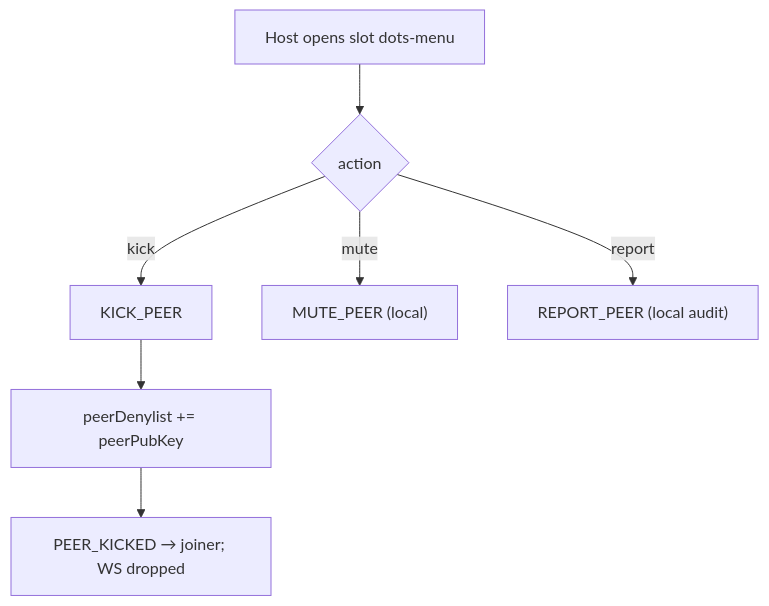
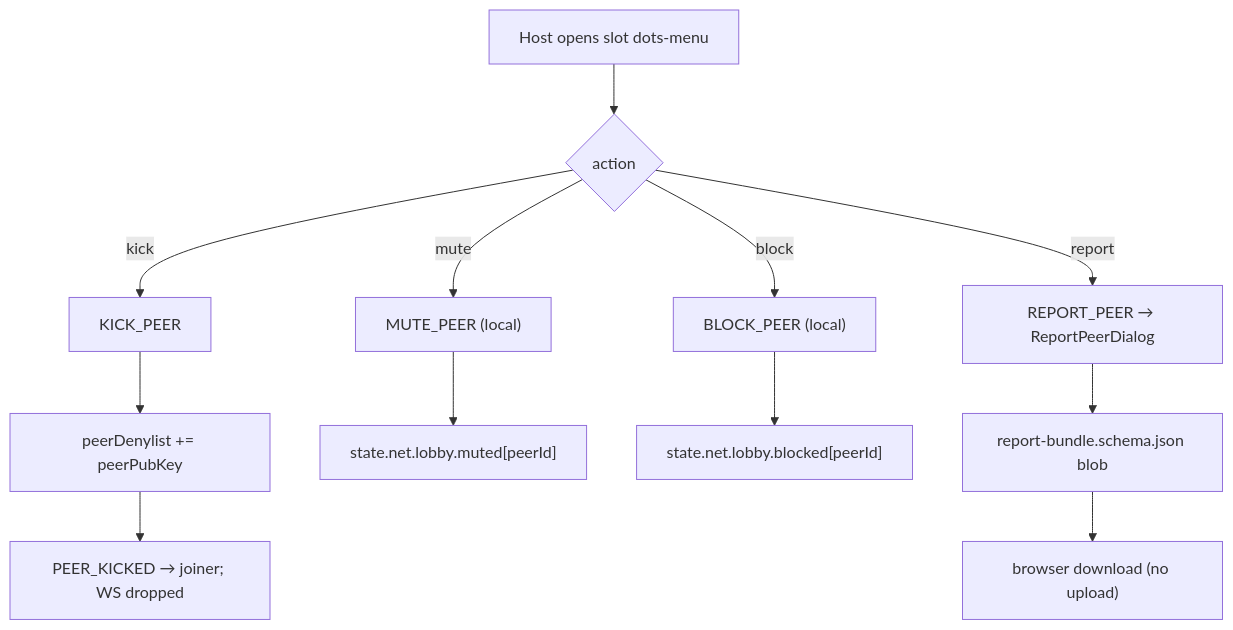
The seventh of 8 diagrams in docs/architecture/wiki/screens/64-network-lobby/architecture.md (SunaNoOshiro/Heroes_Reforged_AI_Realms), drawn with Mermaid before and after one commit. The commit also changed other lines of this file and 27 other files, not shown here.

````diff
--- a/docs/architecture/wiki/screens/64-network-lobby/architecture.md
+++ b/docs/architecture/wiki/screens/64-network-lobby/architecture.md
@@ -98,9 +98,14 @@
 ```mermaid
 flowchart TD
   M0["Host opens slot dots-menu"] --> M1{action}
   M1 -- kick --> M2["KICK_PEER"]
   M1 -- mute --> M3["MUTE_PEER (local)"]
-  M1 -- report --> M4["REPORT_PEER (local audit)"]
+  M1 -- block --> M3b["BLOCK_PEER (local)"]
+  M1 -- report --> M4["REPORT_PEER → ReportPeerDialog"]
   M2 --> M5["peerDenylist += peerPubKey"]
   M5 --> M6["PEER_KICKED → joiner; WS dropped"]
+  M3 --> M7["state.net.lobby.muted[peerId]"]
+  M3b --> M8["state.net.lobby.blocked[peerId]"]
+  M4 --> M9["report-bundle.schema.json blob"]
+  M9 --> M10["browser download (no upload)"]
 ```
````
